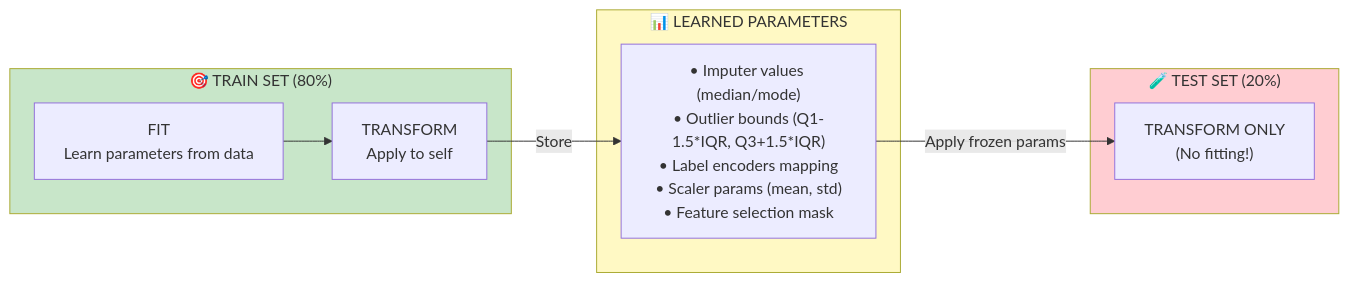
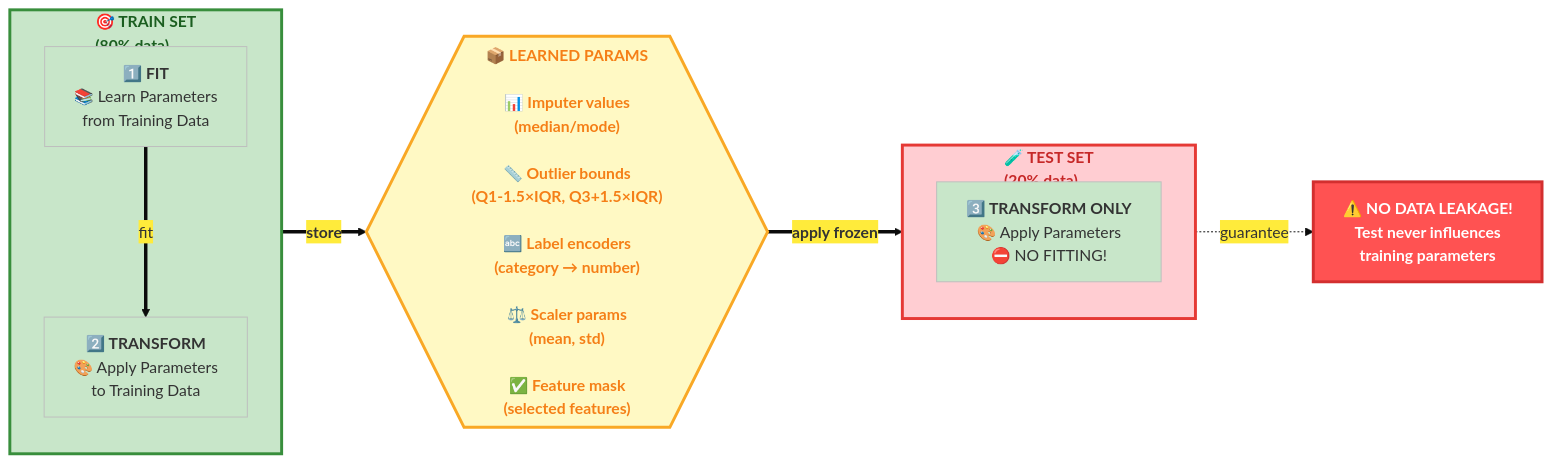
Before and after one commit to civi0411/Churn_Analys_and_Prediction: the second of 3 diagrams in README.md, drawn with Mermaid. The commit also changed other lines of this file and 28 other files, not shown here.

````diff
--- a/README.md
+++ b/README.md
@@ -134,23 +145,33 @@
 ```mermaid
+%%{init: {'theme':'base', 'themeVariables': { 'primaryColor':'#c8e6c9','secondaryColor':'#ffeb3b','tertiaryColor':'#ffcdd2'}}}%%
 flowchart LR
-    subgraph TRAIN["🎯 TRAIN SET (80%)"]
-        A["FIT<br/>Learn parameters from data"]
-        B["TRANSFORM<br/>Apply to self"]
-        A --> B
+    subgraph TRAIN ["<b>🎯 TRAIN SET</b><br/>(80% data)"]
+        direction TB
+        A["<b>1️⃣ FIT</b><br/>📚 Learn Parameters<br/>from Training Data"]
+        B["<b>2️⃣ TRANSFORM</b><br/>🎨 Apply Parameters<br/>to Training Data"]
+        A ===>|"fit"| B
     end
 
-    subgraph PARAMS["📊 LEARNED PARAMETERS"]
-        C["• Imputer values (median/mode)<br/>• Outlier bounds (Q1-1.5*IQR, Q3+1.5*IQR)<br/>• Label encoders mapping<br/>• Scaler params (mean, std)<br/>• Feature selection mask"]
+    PARAMS{{"<b>📦 LEARNED PARAMS</b><br/><br/>📊 Imputer values<br/>(median/mode)<br/><br/>📏 Outlier bounds<br/>(Q1-1.5×IQR, Q3+1.5×IQR)<br/><br/>🔤 Label encoders<br/>(category → number)<br/><br/>⚖️ Scaler params<br/>(mean, std)<br/><br/>✅ Feature mask<br/>(selected features)"}}
+    
+    subgraph TEST ["<b>🧪 TEST SET</b><br/>(20% data)"]
+        direction TB
+        D["<b>3️⃣ TRANSFORM ONLY</b><br/>🎨 Apply Parameters<br/>⛔ NO FITTING!"]
     end
     
-    subgraph TEST["🧪 TEST SET (20%)"]
-        D["TRANSFORM ONLY<br/>(No fitting!)"]
-    end
+    B ==>|"<b>store</b>"| PARAMS
+    PARAMS ==>|"<b>apply frozen</b>"| D
     
-    B -->|"Store"| C
-    C -->|"Apply frozen params"| D
+    WARNING["⚠️ <b>NO DATA LEAKAGE!</b><br/>Test never influences<br/>training parameters"]
+    D -.->|"guarantee"| WARNING
 
-    style TRAIN fill:#c8e6c9
-    style PARAMS fill:#fff9c4
-    style TEST fill:#ffcdd2
+    classDef trainStyle fill:#c8e6c9,stroke:#388e3c,stroke-width:3px,color:#1b5e20,font-weight:bold
+    classDef paramStyle fill:#fff9c4,stroke:#f9a825,stroke-width:3px,color:#f57f17,font-weight:bold
+    classDef testStyle fill:#ffcdd2,stroke:#e53935,stroke-width:3px,color:#c62828,font-weight:bold
+    classDef warnStyle fill:#ff5252,stroke:#d32f2f,stroke-width:3px,color:#fff,font-weight:bold
+    
+    class TRAIN trainStyle
+    class PARAMS paramStyle
+    class TEST testStyle
+    class WARNING warnStyle
 ```
````
